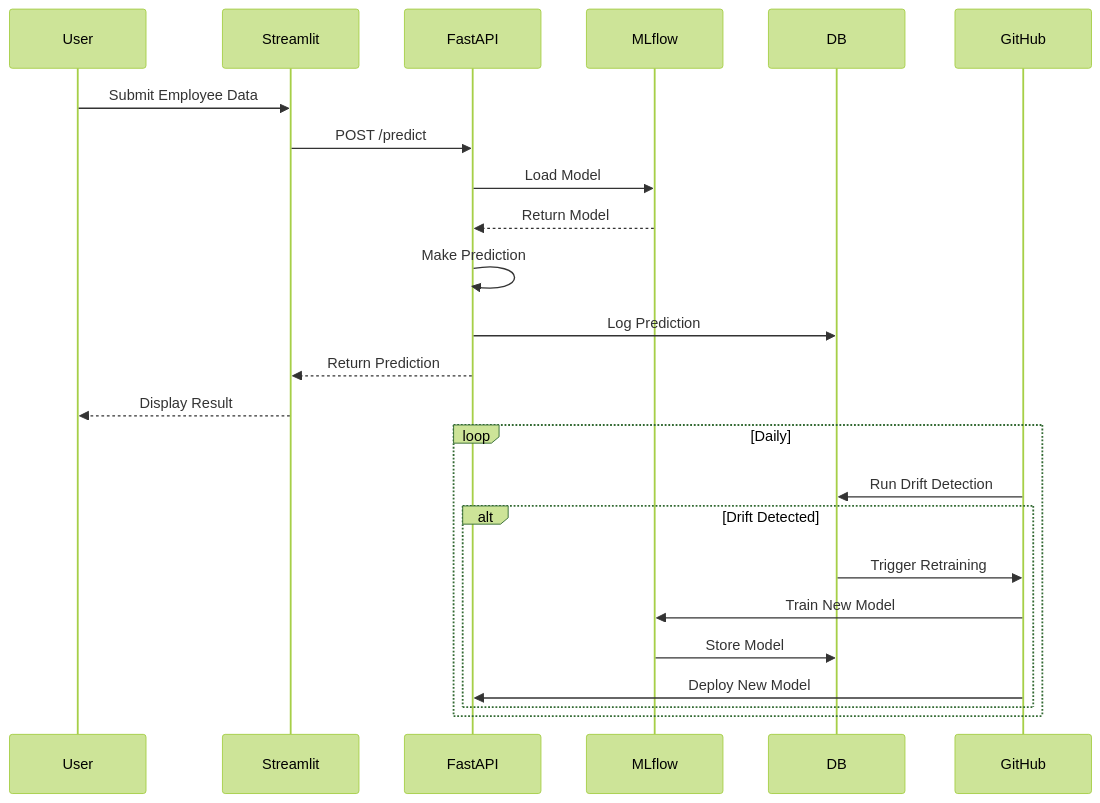
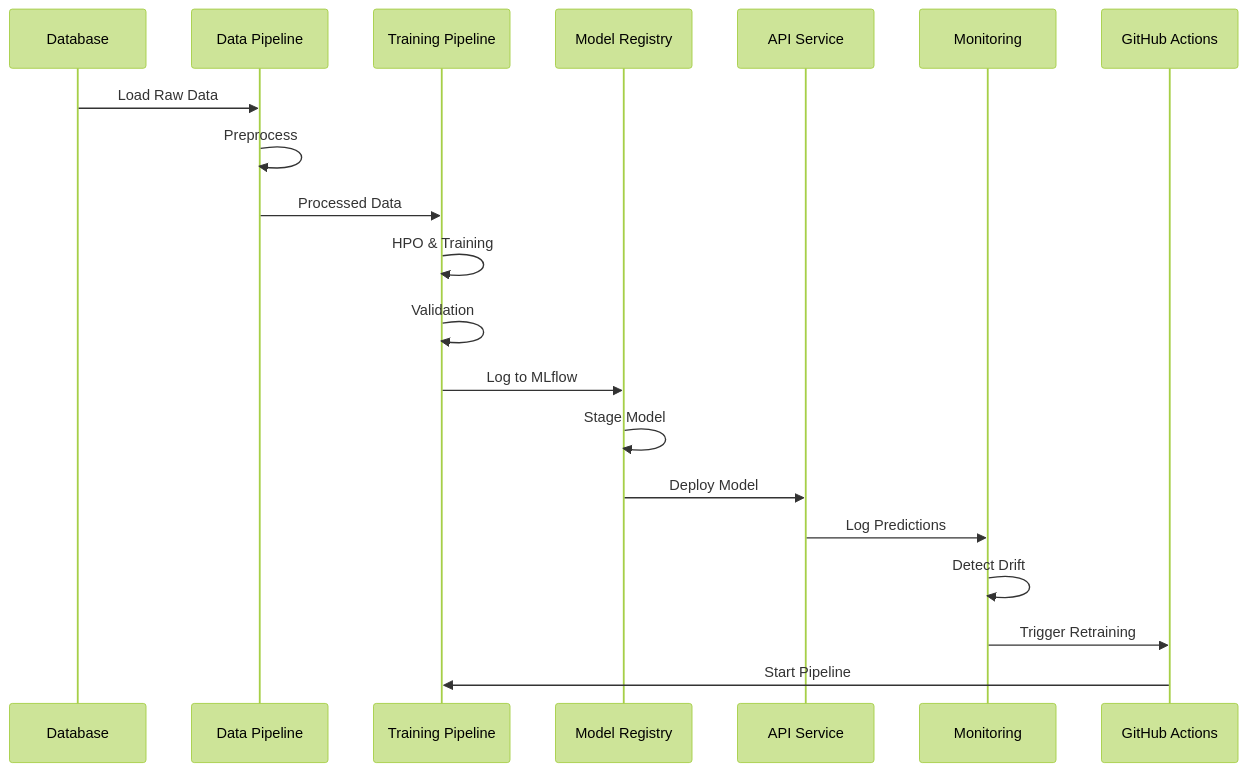
Before and after one commit to richardelchaar/Employee-Attrition-MLOps: the second of 11 diagrams in docs/architecture.md, drawn with Mermaid (forest theme). The commit also changed other lines of this file and 13 other files, not shown here.

````diff
--- a/docs/architecture.md
+++ b/docs/architecture.md
@@ -62,30 +34,23 @@
 ```mermaid
 sequenceDiagram
-    participant User
-    participant Streamlit
-    participant FastAPI
-    participant MLflow
-    participant DB
-    participant GitHub
-
-    %% User Interaction
-    User->>Streamlit: Submit Employee Data
-    Streamlit->>FastAPI: POST /predict
-    FastAPI->>MLflow: Load Model
-    MLflow-->>FastAPI: Return Model
-    FastAPI->>FastAPI: Make Prediction
-    FastAPI->>DB: Log Prediction
-    FastAPI-->>Streamlit: Return Prediction
-    Streamlit-->>User: Display Result
-
-    %% Monitoring Flow
-    loop Daily
-        GitHub->>DB: Run Drift Detection
-        alt Drift Detected
-            DB->>GitHub: Trigger Retraining
-            GitHub->>MLflow: Train New Model
-            MLflow->>DB: Store Model
-            GitHub->>FastAPI: Deploy New Model
-        end
-    end
+    participant DB as Database
+    participant DP as Data Pipeline
+    participant TP as Training Pipeline
+    participant MR as Model Registry
+    participant API as API Service
+    participant MON as Monitoring
+    participant GH as GitHub Actions
+    
+    DB->>DP: Load Raw Data
+    DP->>DP: Preprocess
+    DP->>TP: Processed Data
+    TP->>TP: HPO & Training
+    TP->>TP: Validation
+    TP->>MR: Log to MLflow
+    MR->>MR: Stage Model
+    MR->>API: Deploy Model
+    API->>MON: Log Predictions
+    MON->>MON: Detect Drift
+    MON->>GH: Trigger Retraining
+    GH->>TP: Start Pipeline
 ```
````
